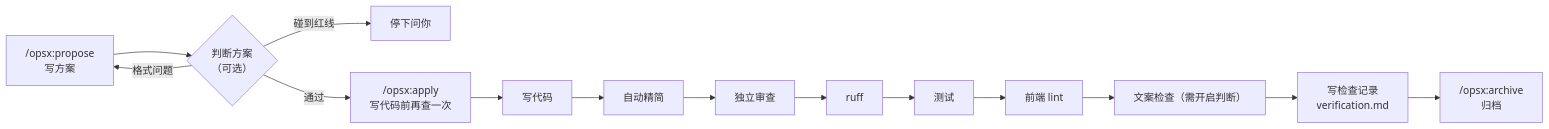
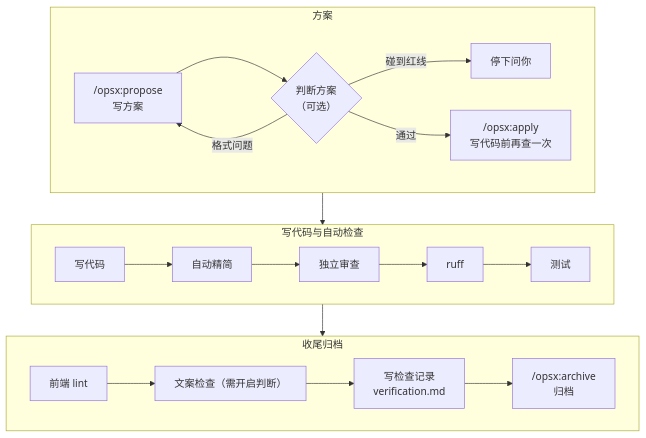
Before and after one commit to rulemason/rulemason: the diagram in README.md, drawn with Mermaid. The commit also changed other lines of this file and 2 other files, not shown here.

Commit message:
docs(readme): 顶部加上社交预览横幅，流程图改成三行
横幅用仓库已设置的 GitHub social preview。怎么工作的流程图按方案、写代码、收尾分成三行，步骤和分支不变。

````diff
--- a/README.md
+++ b/README.md
@@ -82,16 +86,19 @@
 ```mermaid
-flowchart LR
-  A["/opsx:propose<br/>写方案"] --> B{"判断方案<br/>（可选）"}
-  B -- 格式问题 --> A
-  B -- 碰到红线 --> U["停下问你"]
-  B -- 通过 --> C["/opsx:apply<br/>写代码前再查一次"]
-  C --> D["写代码"]
-  D --> E["自动精简"]
-  E --> F["独立审查"]
-  F --> G["ruff"]
-  G --> H["测试"]
-  H --> I["前端 lint"]
-  I --> J["文案检查（需开启判断）"]
-  J --> K["写检查记录<br/>verification.md"]
-  K --> L["/opsx:archive<br/>归档"]
+flowchart TB
+  subgraph plan["方案"]
+    direction LR
+    A["/opsx:propose<br/>写方案"] --> B{"判断方案<br/>（可选）"}
+    B -- 格式问题 --> A
+    B -- 碰到红线 --> U["停下问你"]
+    B -- 通过 --> C["/opsx:apply<br/>写代码前再查一次"]
+  end
+  subgraph build["写代码与自动检查"]
+    direction LR
+    D["写代码"] --> E["自动精简"] --> F["独立审查"] --> G["ruff"] --> H["测试"]
+  end
+  subgraph finish["收尾归档"]
+    direction LR
+    I["前端 lint"] --> J["文案检查（需开启判断）"] --> K["写检查记录<br/>verification.md"] --> L["/opsx:archive<br/>归档"]
+  end
+  plan --> build --> finish
 ```
````
